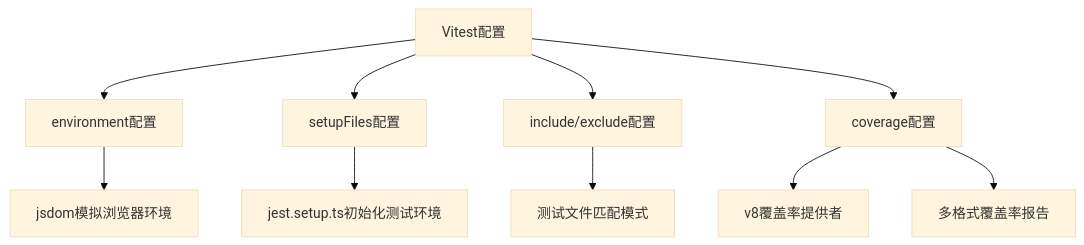
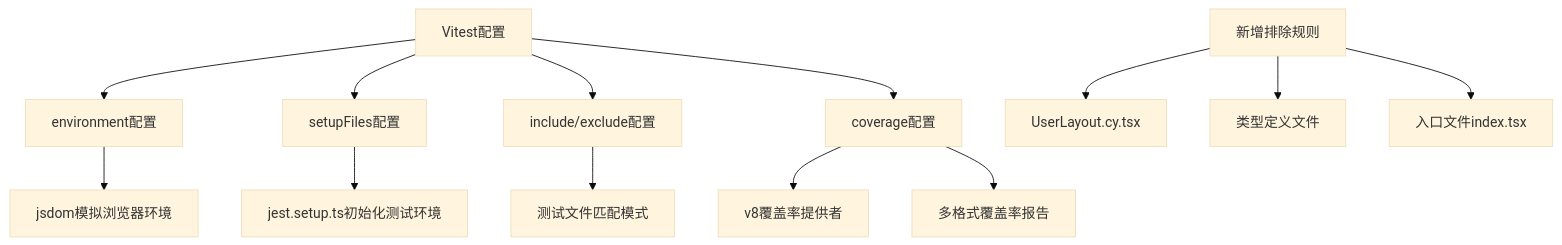
The first of 14 diagrams in .qoder/repowiki/zh/content/测试策略/单元测试.md (fengerzh/react-vscode-template), drawn with Mermaid (base theme) before and after one commit. The commit also changed other lines of this file and 4 other files, not shown here.

````diff
--- a/.qoder/repowiki/zh/content/测试策略/单元测试.md
+++ b/.qoder/repowiki/zh/content/测试策略/单元测试.md
@@ -46,12 +59,15 @@
 ```mermaid
 graph TD
 A[Vitest配置] --> B[environment配置]
 A --> C[setupFiles配置]
 A --> D[include/exclude配置]
 A --> E[coverage配置]
 B --> F[jsdom模拟浏览器环境]
 C --> G[jest.setup.ts初始化测试环境]
 D --> H[测试文件匹配模式]
 E --> I[v8覆盖率提供者]
 E --> J[多格式覆盖率报告]
+K[新增排除规则] --> L[UserLayout.cy.tsx]
+K --> M[类型定义文件]
+K --> N[入口文件index.tsx]
 ```
````
